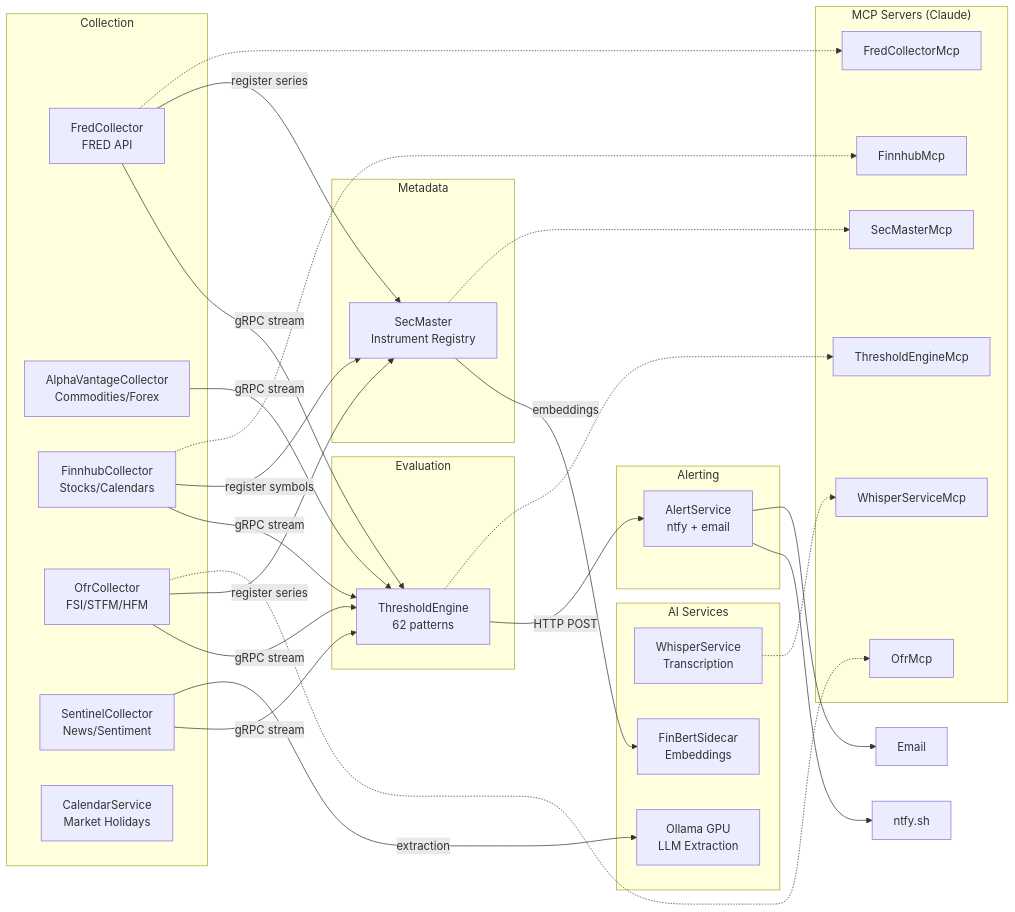
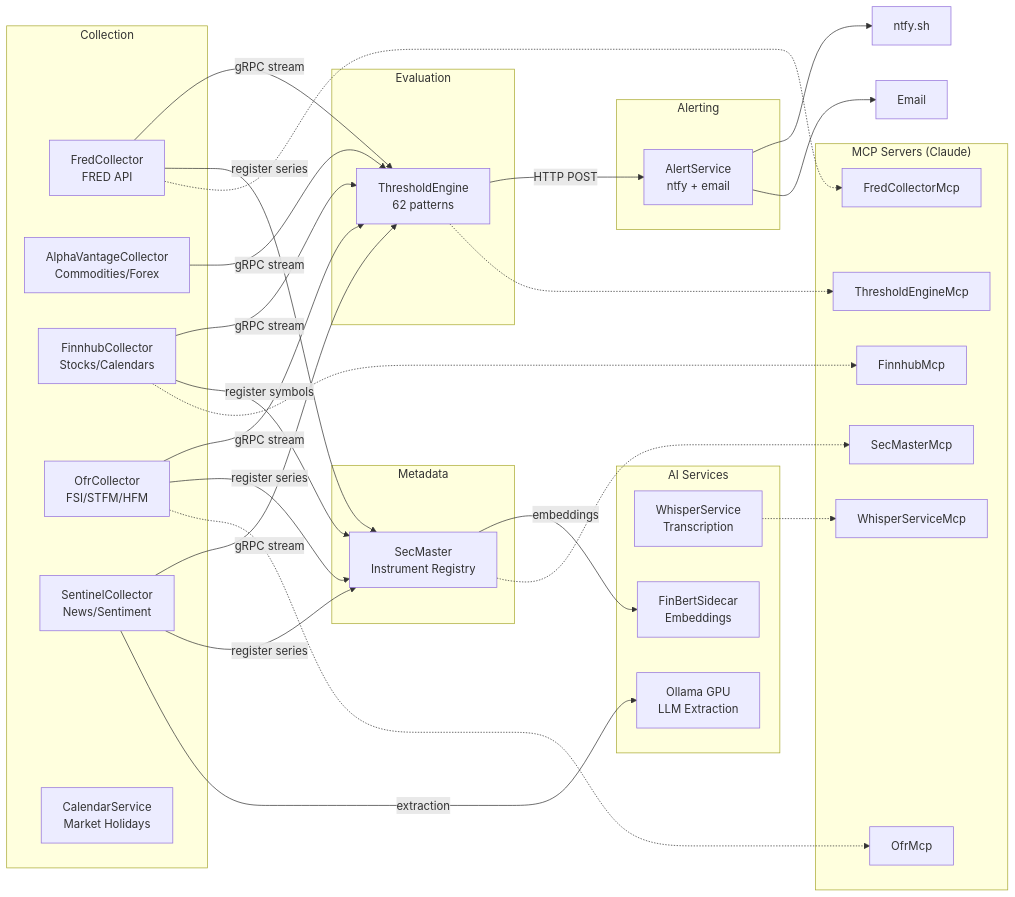
Before and after one commit to jpansarasa/ATLAS-Docs: the first of 4 diagrams in docs/ARCHITECTURE.md, drawn with Mermaid. The commit also changed other lines of this file, not shown here.

Commit message:
Sync docs from ATLAS @ a2b167468c6a8cbe9bf851802b170e22094b74b3

````diff
--- a/docs/ARCHITECTURE.md
+++ b/docs/ARCHITECTURE.md
@@ -7,59 +7,60 @@
 ```mermaid
 flowchart LR
     subgraph Collection
         FC[FredCollector<br/>FRED API]
         AV[AlphaVantageCollector<br/>Commodities/Forex]
         FH[FinnhubCollector<br/>Stocks/Calendars]
         OFR[OfrCollector<br/>FSI/STFM/HFM]
         SC[SentinelCollector<br/>News/Sentiment]
         CS[CalendarService<br/>Market Holidays]
     end
 
     subgraph Metadata
         SM[SecMaster<br/>Instrument Registry]
     end
 
     subgraph Evaluation
         TE[ThresholdEngine<br/>62 patterns]
     end
 
     subgraph Alerting
         AS[AlertService<br/>ntfy + email]
     end
 
     subgraph AI["AI Services"]
         WS[WhisperService<br/>Transcription]
         FB[FinBertSidecar<br/>Embeddings]
         OL[Ollama GPU<br/>LLM Extraction]
     end
 
     subgraph MCP["MCP Servers (Claude)"]
         FM[FredCollectorMcp]
         TM[ThresholdEngineMcp]
         FHM[FinnhubMcp]
         OM[OfrMcp]
         SMM[SecMasterMcp]
         WSM[WhisperServiceMcp]
     end
 
     FC -->|gRPC stream| TE
     AV -->|gRPC stream| TE
     FH -->|gRPC stream| TE
     OFR -->|gRPC stream| TE
     SC -->|gRPC stream| TE
     FC -->|register series| SM
     FH -->|register symbols| SM
     OFR -->|register series| SM
+    SC -->|register series| SM
     SC -->|extraction| OL
     SM -->|embeddings| FB
     TE -->|HTTP POST| AS
     AS --> N[ntfy.sh]
     AS --> E[Email]
 
     FC -.-> FM
     TE -.-> TM
     FH -.-> FHM
     OFR -.-> OM
     SM -.-> SMM
     WS -.-> WSM
 ```
````
